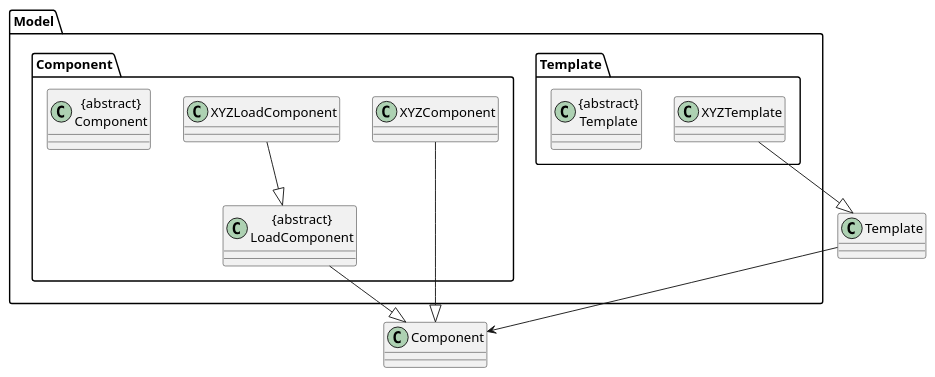
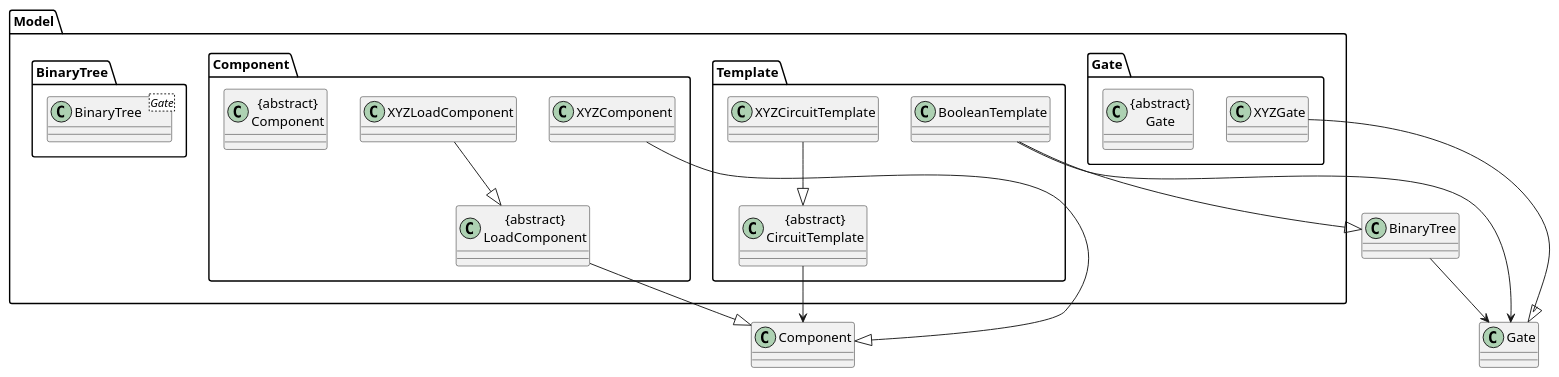
Before and after one commit to sevenseasofbri/tp: the diagram in docs/diagrams/ModelClassDiagram.puml, drawn with PlantUML. The commit also changed 6 other files, not shown here.

```diff
--- a/docs/diagrams/ModelClassDiagram.puml
+++ b/docs/diagrams/ModelClassDiagram.puml
@@ -1,26 +1,42 @@
 @startuml
 
 package Model {
 package Template {
-    Class XYZTemplate
-    Class "{abstract}\nTemplate" as Template
+    Class XYZCircuitTemplate
+    Class "{abstract}\nCircuitTemplate" as CircuitTemplate
+    Class BooleanTemplate
 }
 
 package Component {
 
     Class XYZComponent
     Class XYZLoadComponent
     Class "{abstract}\nComponent" as Component
     Class "{abstract}\nLoadComponent" as LoadComponent
 
 }
+
+package Gate {
+    Class XYZGate
+    Class "{abstract}\nGate" as Gate
 }
 
-XYZTemplate --|> Template
+package BinaryTree {
+    Class BinaryTree<Gate>
+}
+}
 
-Template --> Component
+XYZCircuitTemplate --|> CircuitTemplate
+
+CircuitTemplate --> Component
 LoadComponent --|> Component
 XYZComponent --|> Component
 XYZLoadComponent --|> LoadComponent
 
+BooleanTemplate --|> BinaryTree
+BooleanTemplate --> Gate
+BinaryTree --> Gate
+
+XYZGate --|> Gate
+
 @enduml
```
